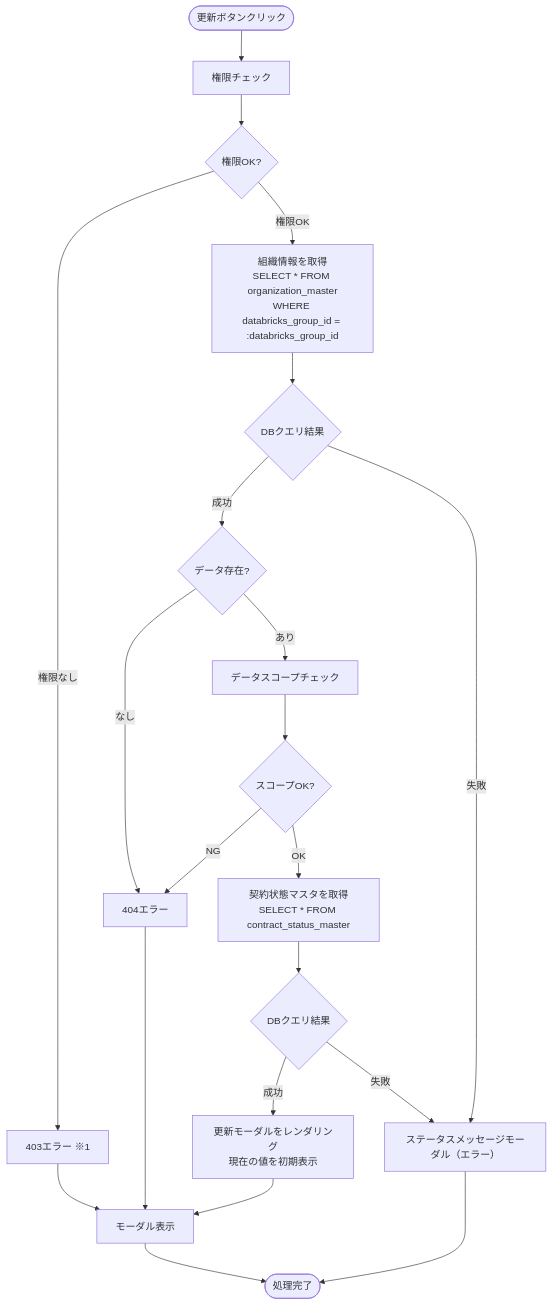
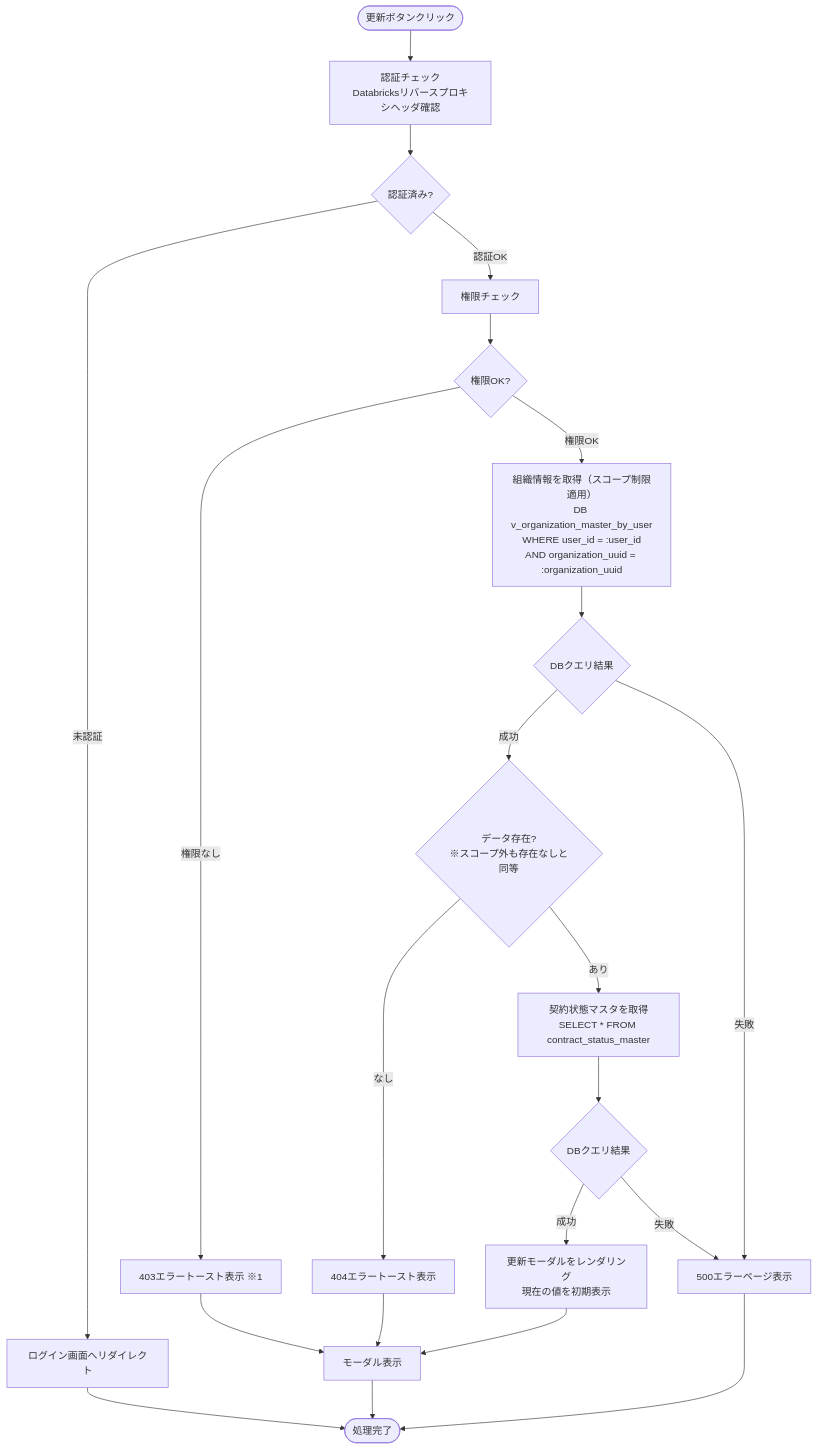
The fifth of 8 diagrams in docs/03-features/flask-app/organizations/workflow-specification.md (NSW-SVCP-AIWG002/Databricks-IoT), drawn with Mermaid before and after one commit. The commit also changed other lines of this file and 3 other files, not shown here.

Commit message:
データスコープ制御修正 Databricks Group 処理削除 実装例修正

````diff
--- a/docs/03-features/flask-app/organizations/workflow-specification.md
+++ b/docs/03-features/flask-app/organizations/workflow-specification.md
@@ -1025,32 +1218,30 @@
 ```mermaid
 flowchart TD
-    Start([更新ボタンクリック]) --> Permission[権限チェック]
+    Start([更新ボタンクリック]) --> Auth[認証チェック<br>Databricksリバースプロキシヘッダ確認]
+    Auth --> CheckAuth{認証済み?}
+    CheckAuth -->|未認証| LoginRedirect[ログイン画面へリダイレクト]
+    CheckAuth -->|認証OK| Permission[権限チェック]
+
     Permission --> CheckPerm{権限OK?}
-    CheckPerm -->|権限なし| Error403[403エラー ※1]
+    CheckPerm -->|権限なし| Error403[403エラートースト表示 ※1]
+    CheckPerm -->|権限OK| GetOrg[組織情報を取得（スコープ制限適用）<br>DB v_organization_master_by_user<br>WHERE user_id = :user_id<br>AND organization_uuid = :organization_uuid]
 
-    CheckPerm -->|権限OK| LoadOrganization[組織情報を取得<br>SELECT * FROM organization_master<br>WHERE databricks_group_id = :databricks_group_id]
-    LoadOrganization --> CheckDB1{DBクエリ結果}
+    GetOrg --> CheckOrg{DBクエリ結果}
+    CheckOrg -->|成功| CheckData{データ存在?<br>※スコープ外も存在なしと同等}
+    CheckOrg -->|失敗| Error500[500エラーページ表示]
 
-    CheckDB1 -->|成功| CheckData{データ存在?}
-    CheckDB1 -->|失敗| Error500[ステータスメッセージモーダル（エラー）]
+    CheckData -->|なし| Error404[404エラートースト表示]
+    CheckData -->|あり| GetStatus[契約状態マスタを取得<br>SELECT * FROM contract_status_master]
 
-    CheckData -->|なし| Error404[404エラー]
-
-    CheckData -->|あり| ScopeCheck[データスコープチェック]
-    ScopeCheck --> CheckScope{スコープOK?}
-    CheckScope -->|NG| Error404
-
-    CheckScope -->|OK| LoadContractStatus[契約状態マスタを取得<br>SELECT * FROM contract_status_master]
-    LoadContractStatus --> CheckDB2{DBクエリ結果}
-
-    CheckDB2 -->|成功| Template[更新モーダルをレンダリング<br>現在の値を初期表示]
-    CheckDB2 -->|失敗| Error500
+    GetStatus --> CheckStatus{DBクエリ結果}
+    CheckStatus -->|成功| Template[更新モーダルをレンダリング<br>現在の値を初期表示]
+    CheckStatus -->|失敗| Error500
 
     Template --> View[モーダル表示]
-
     Error403 --> View
     Error404 --> View
 
-    View --> End([処理完了])
+    LoginRedirect --> End([処理完了])
+    View --> End
     Error500 --> End   
 ```
````
